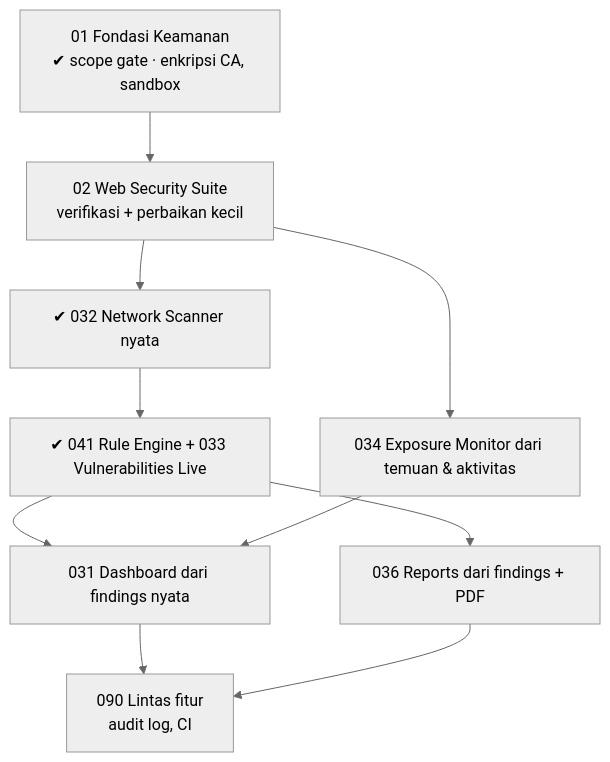
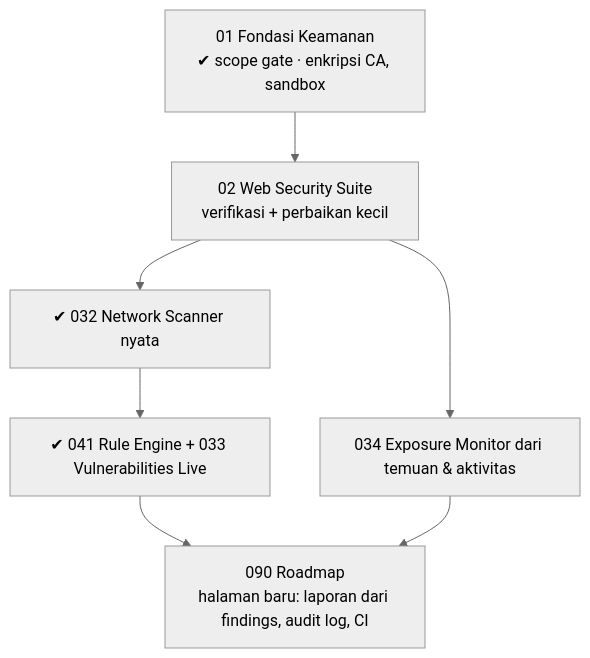
One commit to AlatBekam/Interu changed the diagram in docs/000_index.md. Above: the diagram before and after it, drawn with Mermaid (neutral theme). The commit also changed other lines of this file and 23 other files, not shown here.

````diff
--- a/docs/000_index.md
+++ b/docs/000_index.md
@@ -76,12 +74,9 @@
 ```mermaid
 flowchart TD
     A["01 Fondasi Keamanan<br/>✔ scope gate · enkripsi CA, sandbox"] --> B["02 Web Security Suite<br/>verifikasi + perbaikan kecil"]
     B --> C["✔ 032 Network Scanner nyata"]
     C --> D["✔ 041 Rule Engine + 033 Vulnerabilities Live"]
     B --> E["034 Exposure Monitor dari temuan & aktivitas"]
-    D --> F["031 Dashboard dari findings nyata"]
-    E --> F
-    D --> G["036 Reports dari findings + PDF"]
-    F --> H["090 Lintas fitur<br/>audit log, CI"]
-    G --> H
+    D --> H["090 Roadmap<br/>halaman baru: laporan dari findings, audit log, CI"]
+    E --> H
 ```
````
